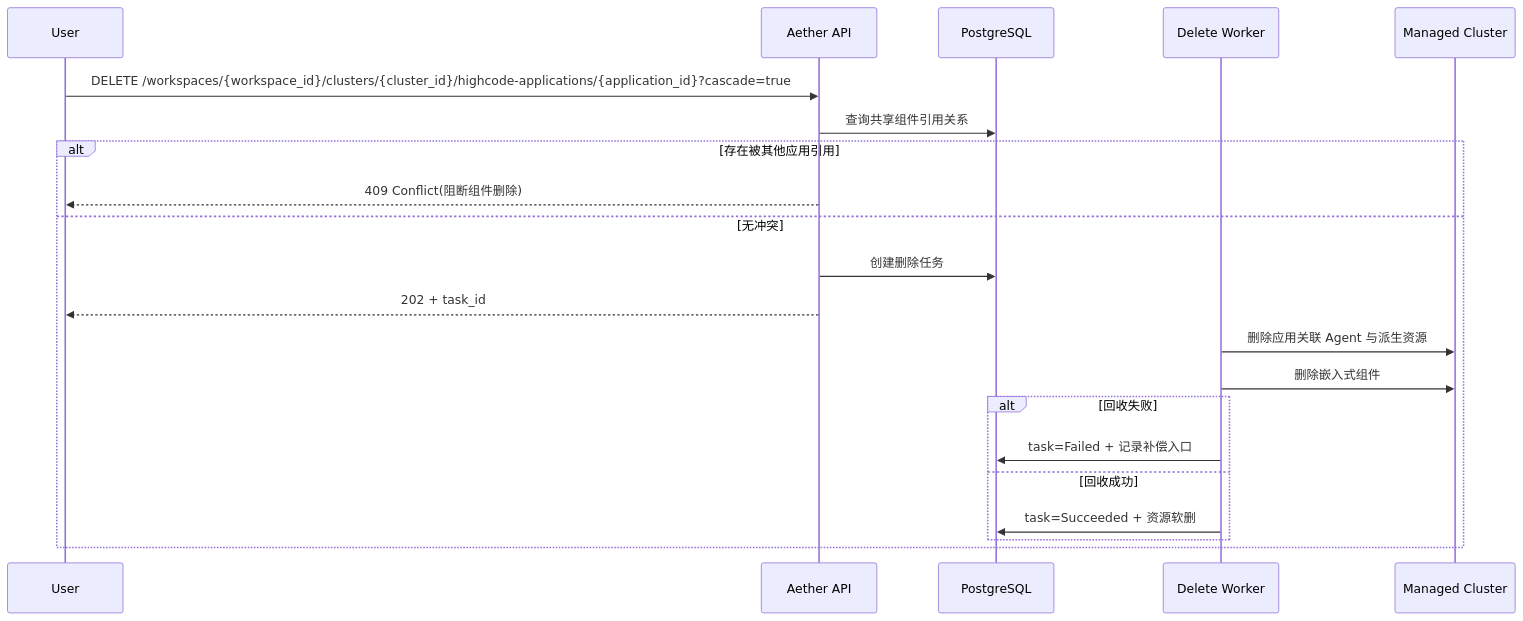
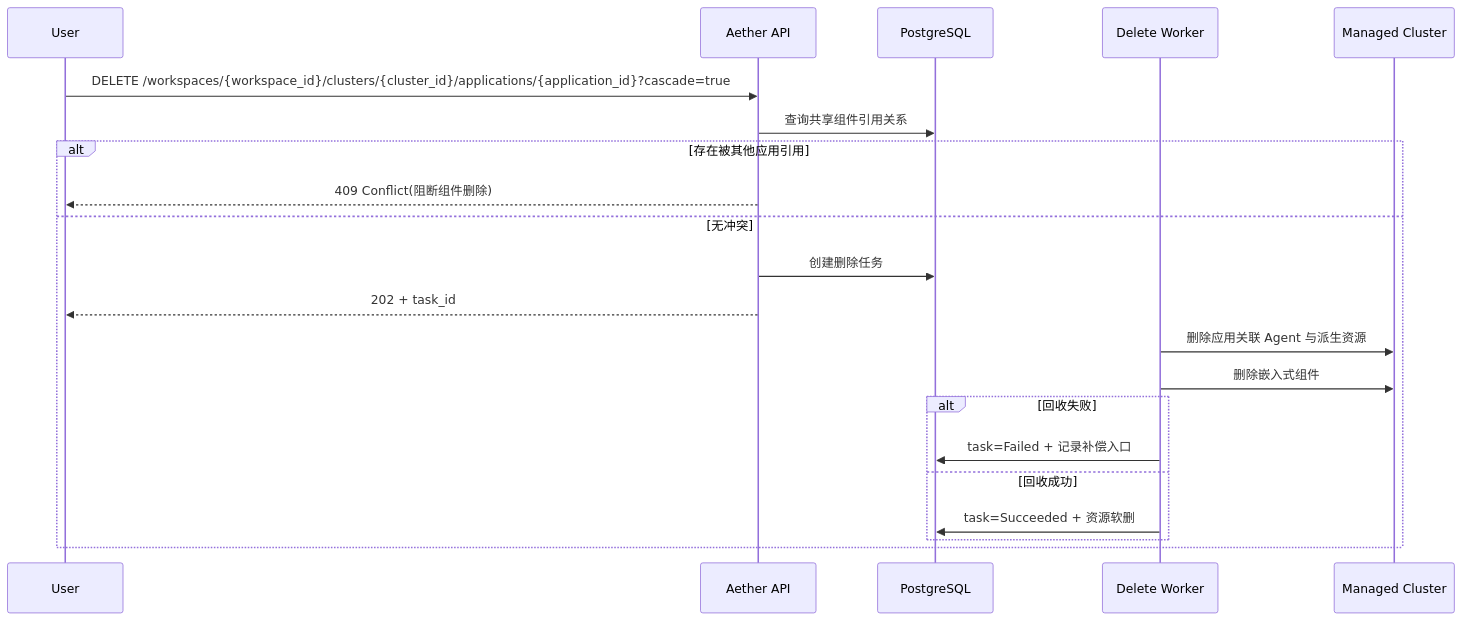
The sixth of 23 diagrams in docs/design.md (sentanl869/aether), drawn with Mermaid before and after one commit. The commit also changed other lines of this file and 2 other files, not shown here.

````diff
--- a/docs/design.md
+++ b/docs/design.md
@@ -390,24 +391,24 @@
 ```mermaid
 sequenceDiagram
   participant User as User
   participant API as Aether API
   participant DB as PostgreSQL
   participant W as Delete Worker
   participant K8S as Managed Cluster
 
-  User->>API: DELETE /workspaces/{workspace_id}/clusters/{cluster_id}/highcode-applications/{application_id}?cascade=true
+  User->>API: DELETE /workspaces/{workspace_id}/clusters/{cluster_id}/applications/{application_id}?cascade=true
   API->>DB: 查询共享组件引用关系
   alt 存在被其他应用引用
     API-->>User: 409 Conflict(阻断组件删除)
   else 无冲突
     API->>DB: 创建删除任务
     API-->>User: 202 + task_id
     W->>K8S: 删除应用关联 Agent 与派生资源
     W->>K8S: 删除嵌入式组件
     alt 回收失败
       W->>DB: task=Failed + 记录补偿入口
     else 回收成功
       W->>DB: task=Succeeded + 资源软删
     end
   end
 ```
````
